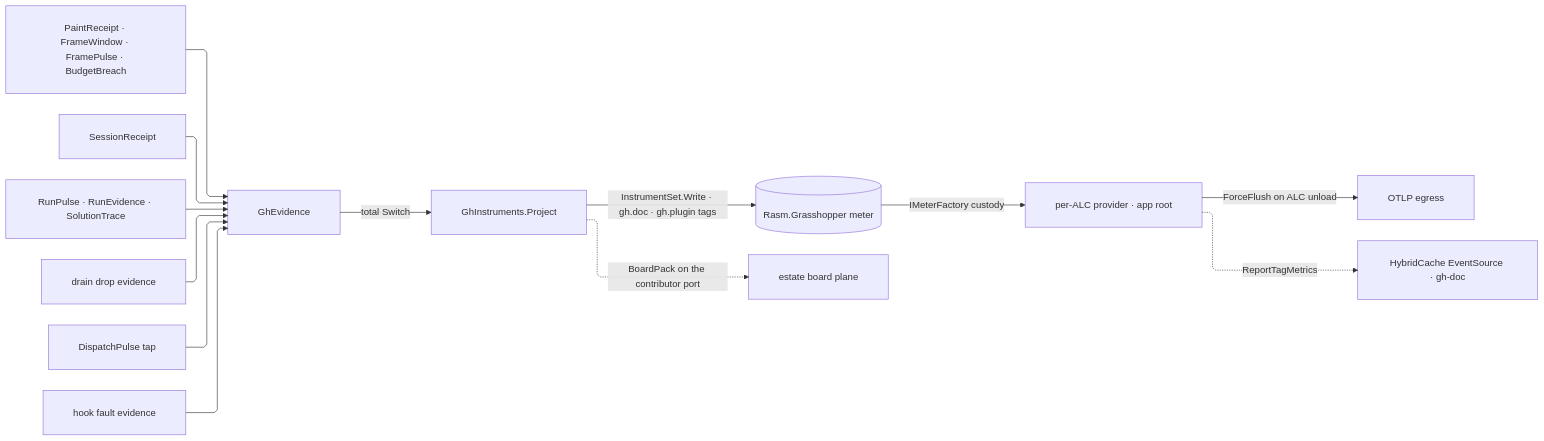
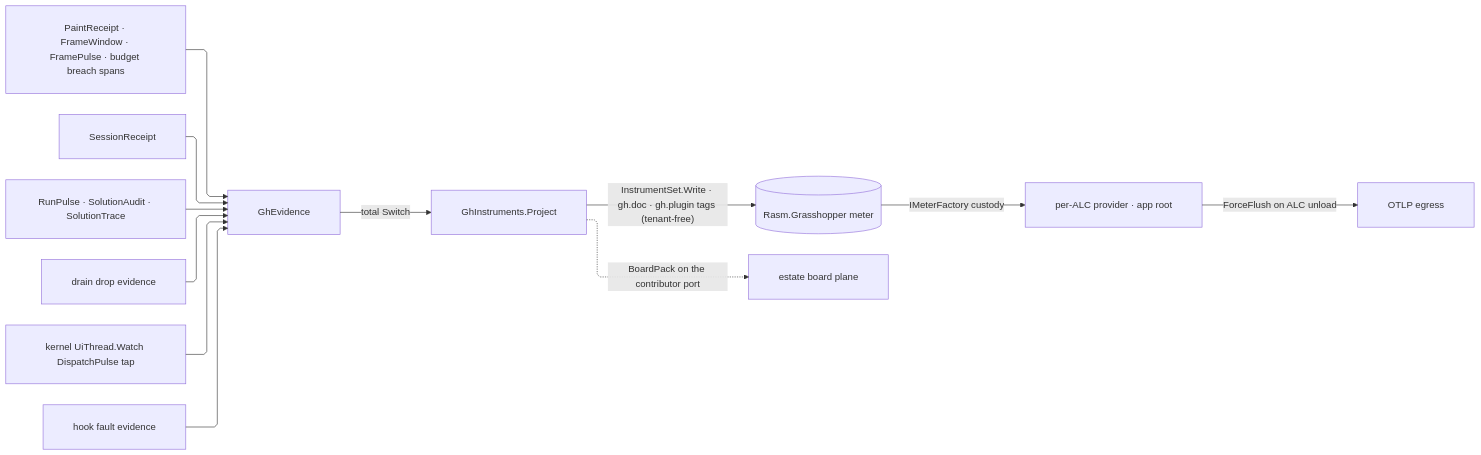
The diagram in libs/csharp/Rasm.Grasshopper/.planning/Shell/telemetry.md (bsamiee/Rasm), drawn with Mermaid before and after one commit. The commit also changed other lines of this file and 818 other files, not shown here.

````diff
--- a/libs/csharp/Rasm.Grasshopper/.planning/Shell/telemetry.md
+++ b/libs/csharp/Rasm.Grasshopper/.planning/Shell/telemetry.md
@@ -424,24 +430,23 @@
 ```mermaid
 ---
 config:
   layout: elk
   flowchart:
     curve: linear
     padding: 25
 ---
 flowchart LR
     accTitle: Project boundary receipts into attributed instruments
-    accDescr: Receipt families from paint, motion, session, solution, dispatch, hooks, and drain owners enter one evidence union; a total fold writes tagged instruments on the meter minted through the injected per-ALC factory, the app root flushes providers on load-context unload, and cache tag metrics ride the HybridCache EventSource beside the fold.
-    PaintR["PaintReceipt · FrameWindow · FramePulse · BudgetBreach"] --> Union["GhEvidence"]
+    accDescr: Receipt families from paint, motion, session, solution, kernel dispatch, hooks, and drain owners enter one evidence union; a total fold writes tagged instruments on the meter minted through the injected per-ALC factory, and the app root flushes providers on load-context unload.
+    PaintR["PaintReceipt · FrameWindow · FramePulse · budget breach spans"] --> Union["GhEvidence"]
     SessionR["SessionReceipt"] --> Union
-    SolutionR["RunPulse · RunEvidence · SolutionTrace"] --> Union
+    SolutionR["RunPulse · SolutionAudit · SolutionTrace"] --> Union
     DrainR["drain drop evidence"] --> Union
-    DispatchR["DispatchPulse tap"] --> Union
+    DispatchR["kernel UiThread.Watch DispatchPulse tap"] --> Union
     HookR["hook fault evidence"] --> Union
     Union -->|"total Switch"| Fan["GhInstruments.Project"]
-    Fan -->|"InstrumentSet.Write · gh.doc · gh.plugin tags"| MeterNode[("Rasm.Grasshopper meter")]
+    Fan -->|"InstrumentSet.Write · gh.doc · gh.plugin tags (tenant-free)"| MeterNode[("Rasm.Grasshopper meter")]
     Fan -.->|"BoardPack on the contributor port"| Boards["estate board plane"]
     MeterNode -->|"IMeterFactory custody"| Host["per-ALC provider · app root"]
     Host -->|"ForceFlush on ALC unload"| Egress["OTLP egress"]
-    Host -.->|"ReportTagMetrics"| CacheES["HybridCache EventSource · gh-doc"]
 ```
````
